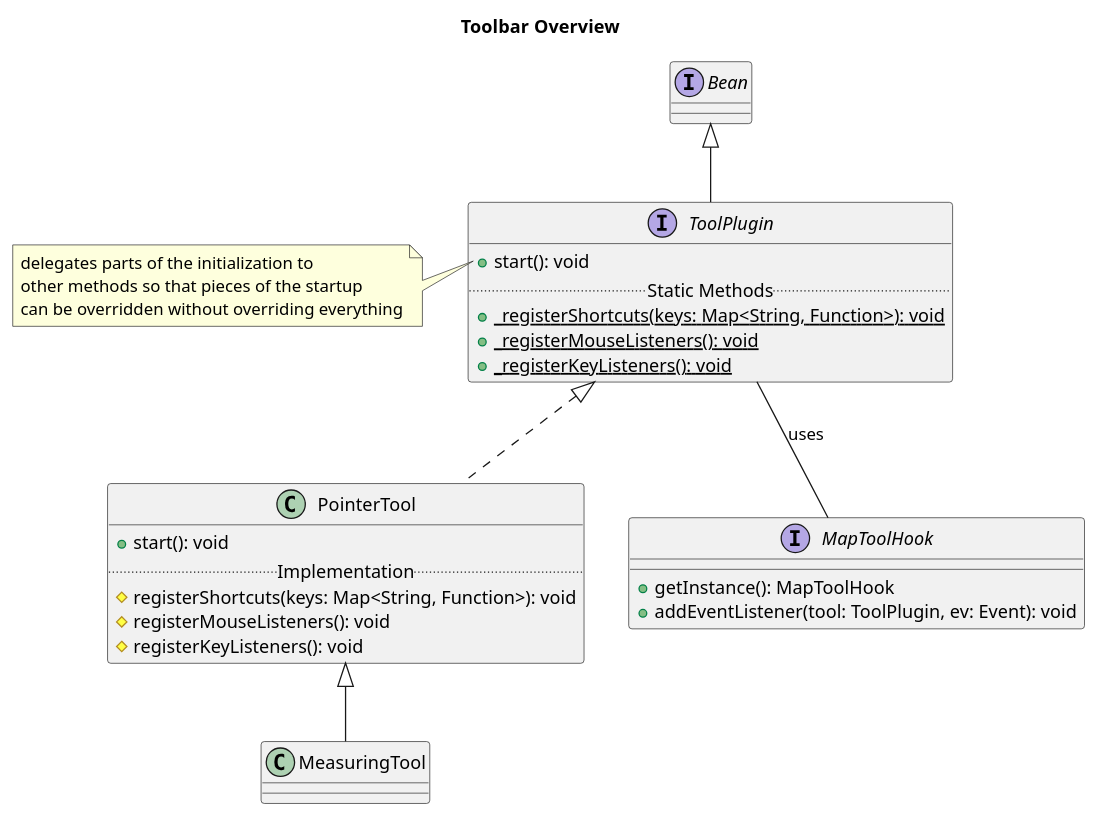
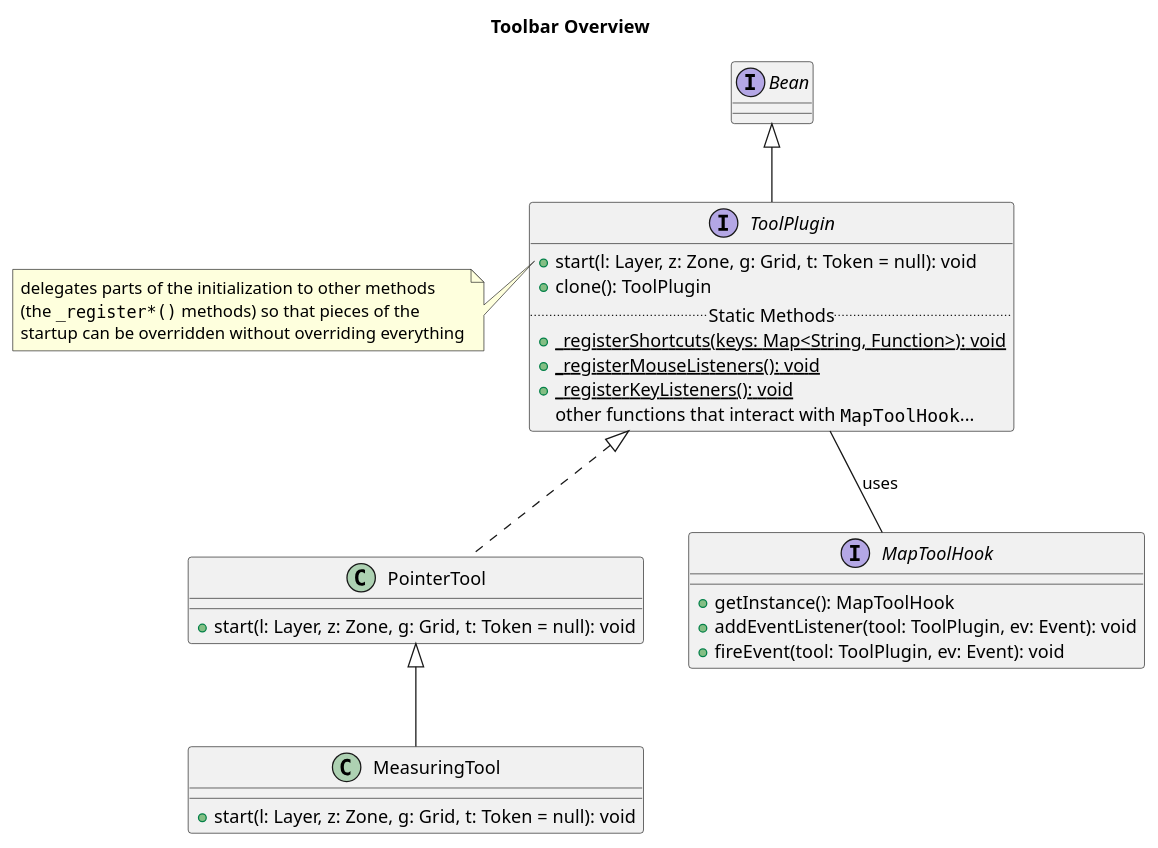
Before and after one commit to Azhrei/toolbar-design: the first of 3 diagrams in Tools.adoc, drawn with PlantUML. The commit also changed other lines of this file and 3 other files, not shown here.

Commit message:
Added a few links, updated some diagrams

```diff
--- a/Tools.adoc
+++ b/Tools.adoc
@@ -44,36 +74,36 @@
 [plantuml, toolbar-overview]
 ....
 title "Toolbar Overview"
 
 interface ToolPlugin extends Bean {
-    +start(): void
+    +start(l: Layer, z: Zone, g: Grid, t: Token = null): void
+    +clone(): ToolPlugin
     ..Static Methods..
     + {static} _registerShortcuts(keys: Map<String, Function>): void
     + {static} _registerMouseListeners(): void
     + {static} _registerKeyListeners(): void
+    other functions that interact with ""MapToolHook""...
 }
 
 note left of ToolPlugin::start
-  delegates parts of the initialization to
-  other methods so that pieces of the startup
-  can be overridden without overriding everything
+  delegates parts of the initialization to other methods
+  (the ""_register*()"" methods) so that pieces of the
+  startup can be overridden without overriding everything
 end note
 
 class PointerTool implements ToolPlugin {
-    +start(): void
-    ..Implementation..
-    #registerShortcuts(keys: Map<String, Function>): void
-    #registerMouseListeners(): void
-    #registerKeyListeners(): void
+    +start(l: Layer, z: Zone, g: Grid, t: Token = null): void
 }
 
 class MeasuringTool extends PointerTool {
+    +start(l: Layer, z: Zone, g: Grid, t: Token = null): void
 }
 
 interface MapToolHook {
     +getInstance(): MapToolHook
     +addEventListener(tool: ToolPlugin, ev: Event): void
+    +fireEvent(tool: ToolPlugin, ev: Event): void
 }
 
 ToolPlugin -- MapToolHook : uses
 ....
```
